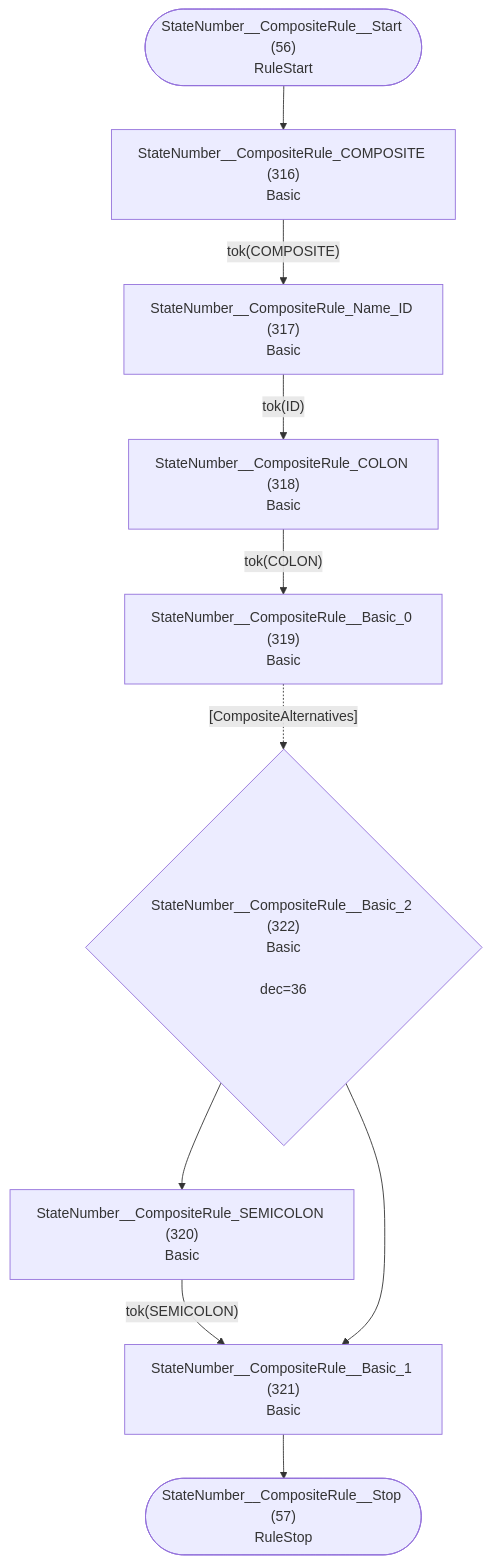
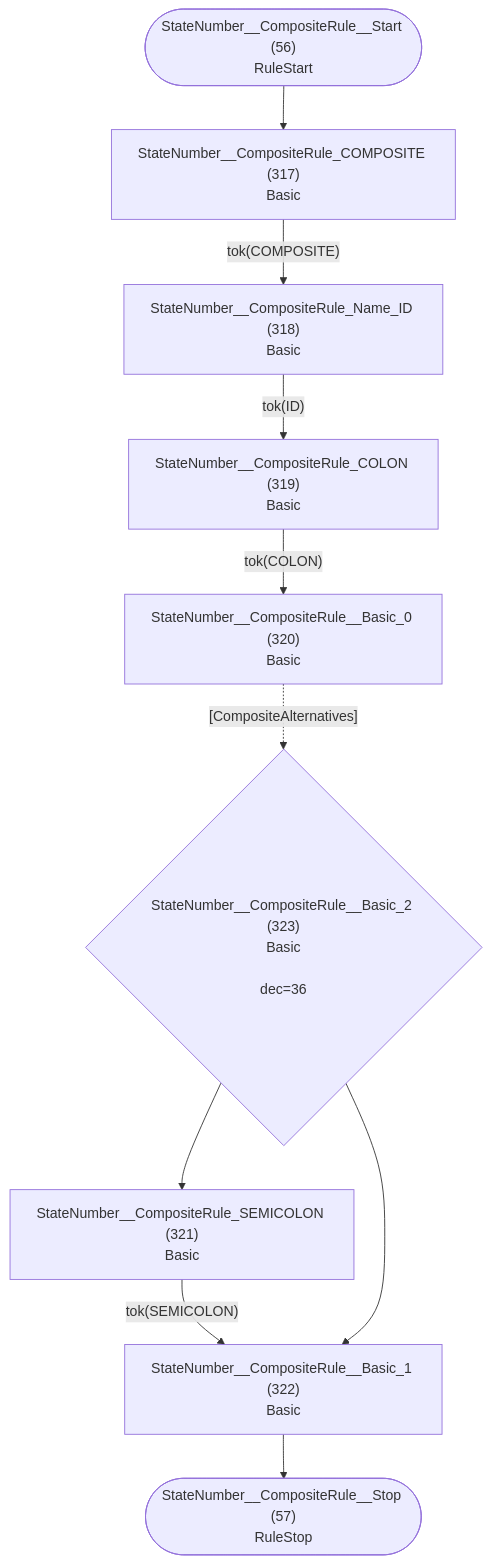
Before and after one commit to TypeFox/fastbelt: diagram 29 of 32 in internal/grammar/atn.md, drawn with Mermaid. The commit also changed other lines of this file and 6 other files, not shown here.

````diff
--- a/internal/grammar/atn.md
+++ b/internal/grammar/atn.md
@@ -839,22 +841,22 @@
 ```mermaid
 flowchart TD
     q56(["StateNumber__CompositeRule__Start (56)<br/>RuleStart"])
     q57(["StateNumber__CompositeRule__Stop (57)<br/>RuleStop"])
-    q316["StateNumber__CompositeRule_COMPOSITE (316)<br/>Basic<br/>"]
-    q317["StateNumber__CompositeRule_Name_ID (317)<br/>Basic<br/>"]
-    q318["StateNumber__CompositeRule_COLON (318)<br/>Basic<br/>"]
-    q319["StateNumber__CompositeRule__Basic_0 (319)<br/>Basic<br/>"]
-    q320["StateNumber__CompositeRule_SEMICOLON (320)<br/>Basic<br/>"]
-    q321["StateNumber__CompositeRule__Basic_1 (321)<br/>Basic<br/>"]
-    q322{"StateNumber__CompositeRule__Basic_2 (322)<br/>Basic<br/><br/>dec=36"}
+    q317["StateNumber__CompositeRule_COMPOSITE (317)<br/>Basic<br/>"]
+    q318["StateNumber__CompositeRule_Name_ID (318)<br/>Basic<br/>"]
+    q319["StateNumber__CompositeRule_COLON (319)<br/>Basic<br/>"]
+    q320["StateNumber__CompositeRule__Basic_0 (320)<br/>Basic<br/>"]
+    q321["StateNumber__CompositeRule_SEMICOLON (321)<br/>Basic<br/>"]
+    q322["StateNumber__CompositeRule__Basic_1 (322)<br/>Basic<br/>"]
+    q323{"StateNumber__CompositeRule__Basic_2 (323)<br/>Basic<br/><br/>dec=36"}
 
-    q56 --> q316
-    q316 -->|"tok(COMPOSITE)"| q317
-    q317 -->|"tok(ID)"| q318
-    q318 -->|"tok(COLON)"| q319
-    q319 -.->|"[CompositeAlternatives]"| q322
-    q320 -->|"tok(SEMICOLON)"| q321
-    q321 --> q57
-    q322 --> q320
-    q322 --> q321
+    q56 --> q317
+    q317 -->|"tok(COMPOSITE)"| q318
+    q318 -->|"tok(ID)"| q319
+    q319 -->|"tok(COLON)"| q320
+    q320 -.->|"[CompositeAlternatives]"| q323
+    q321 -->|"tok(SEMICOLON)"| q322
+    q322 --> q57
+    q323 --> q321
+    q323 --> q322
 ```
````
